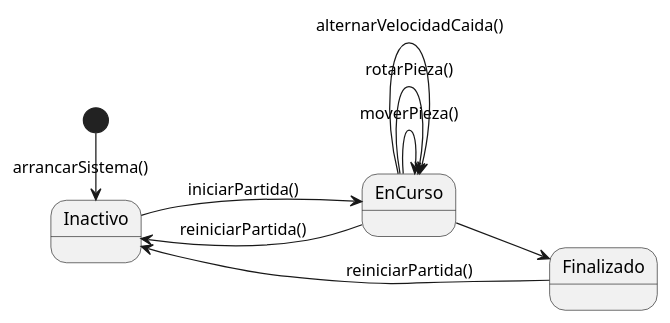
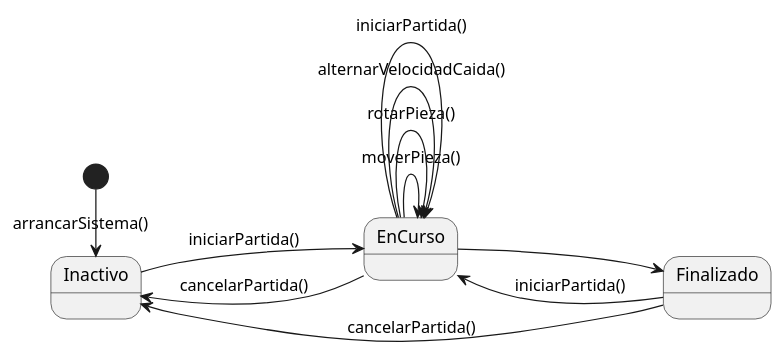
The diagram in modelosUML/DiagramaDeContexto001-ActorJugador.puml (puntoReflex/pyTetris), drawn with PlantUML before and after one commit. The commit also changed 5 other files, not shown here.

```diff
--- a/modelosUML/DiagramaDeContexto001-ActorJugador.puml
+++ b/modelosUML/DiagramaDeContexto001-ActorJugador.puml
@@ -1,22 +1,26 @@
 @startuml
 
 left to right direction
 
 state Inactivo
 state EnCurso
 state Finalizado
 
 [*] -> Inactivo : arrancarSistema()
 
 Inactivo --> EnCurso : iniciarPartida()
 
 EnCurso -> EnCurso : moverPieza()
 EnCurso -> EnCurso : rotarPieza()
 EnCurso -> EnCurso : alternarVelocidadCaida()
 
+EnCurso -> EnCurso : iniciarPartida()
+
 EnCurso --> Finalizado
-EnCurso --> Inactivo : reiniciarPartida()
+EnCurso --> Inactivo : cancelarPartida()
 
-Finalizado --> Inactivo : reiniciarPartida()
+Finalizado --> Inactivo : cancelarPartida()
+
+Finalizado --> EnCurso : iniciarPartida()
 
 @enduml
```
